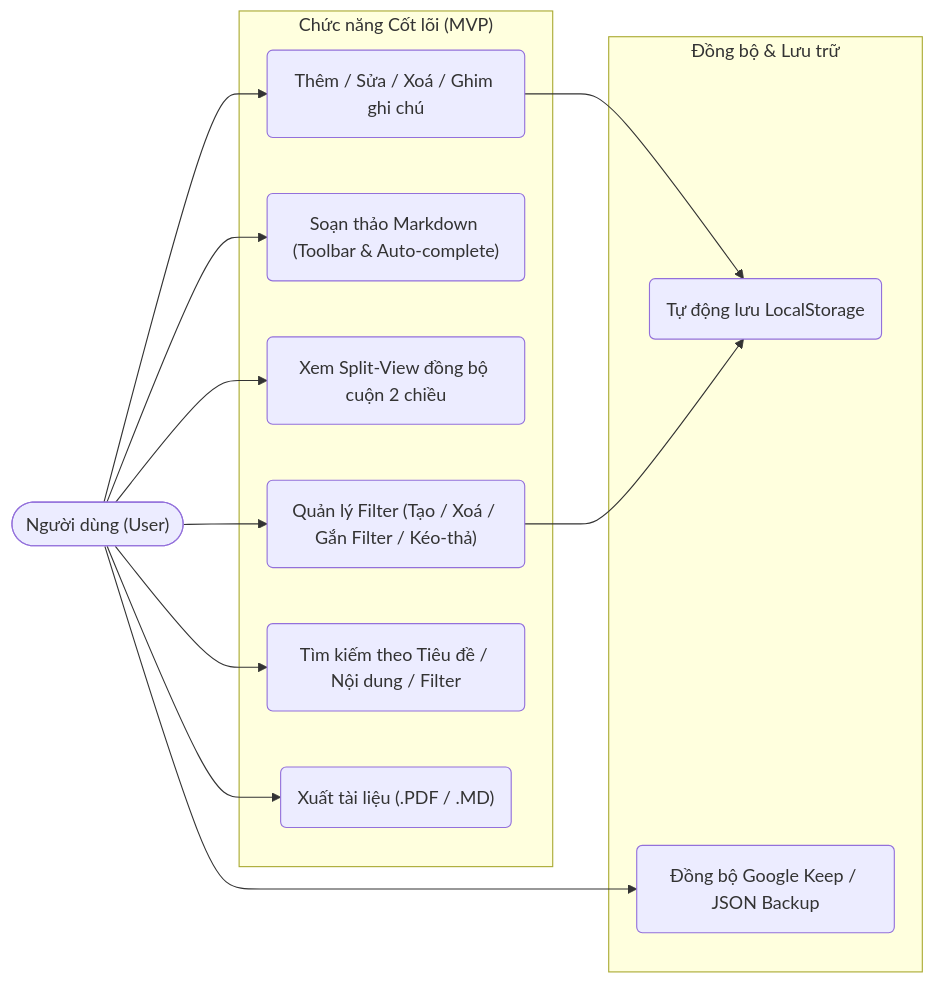
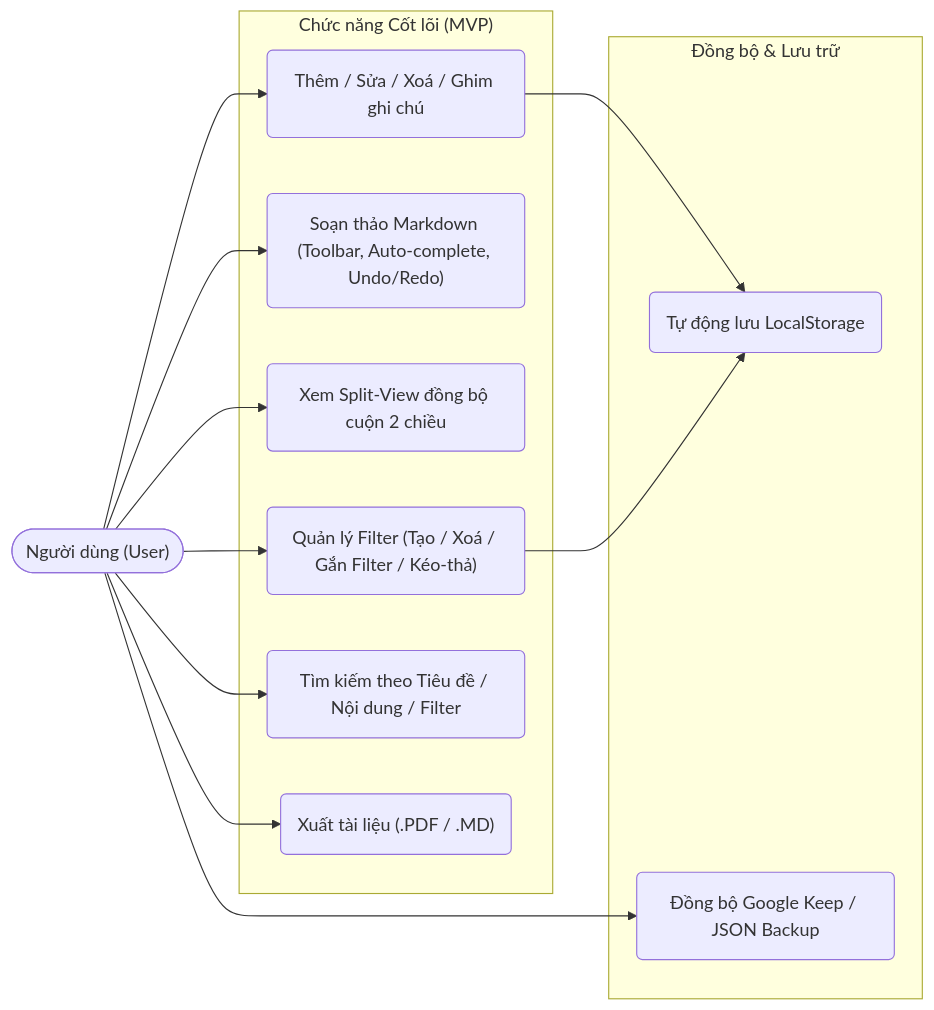
Before and after one commit to taro1026205/VibeNotes: the first of 2 diagrams in README.md, drawn with Mermaid. The commit also changed other lines of this file and 8 other files, not shown here.

First line of the commit message:
feat(editor): add undo/redo functionality

````diff
--- a/README.md
+++ b/README.md
@@ -29,28 +29,28 @@
 ```mermaid
 flowchart LR
     User(["Người dùng (User)"])
 
     subgraph Core["Chức năng Cốt lõi (MVP)"]
         UC1("Thêm / Sửa / Xoá / Ghim ghi chú")
-        UC2("Soạn thảo Markdown (Toolbar & Auto-complete)")
+        UC2("Soạn thảo Markdown (Toolbar, Auto-complete, Undo/Redo)")
         UC3("Xem Split-View đồng bộ cuộn 2 chiều")
         UC4("Quản lý Filter (Tạo / Xoá / Gắn Filter / Kéo-thả)")
         UC5("Tìm kiếm theo Tiêu đề / Nội dung / Filter")
         UC6("Xuất tài liệu (.PDF / .MD)")
     end
 
     subgraph Sync["Đồng bộ & Lưu trữ"]
         UC7("Tự động lưu LocalStorage")
         UC8("Đồng bộ Google Keep / JSON Backup")
     end
 
     User --> UC1
     User --> UC2
     User --> UC3
     User --> UC4
     User --> UC5
     User --> UC6
     UC1 --> UC7
     UC4 --> UC7
     User --> UC8
 ```
````
